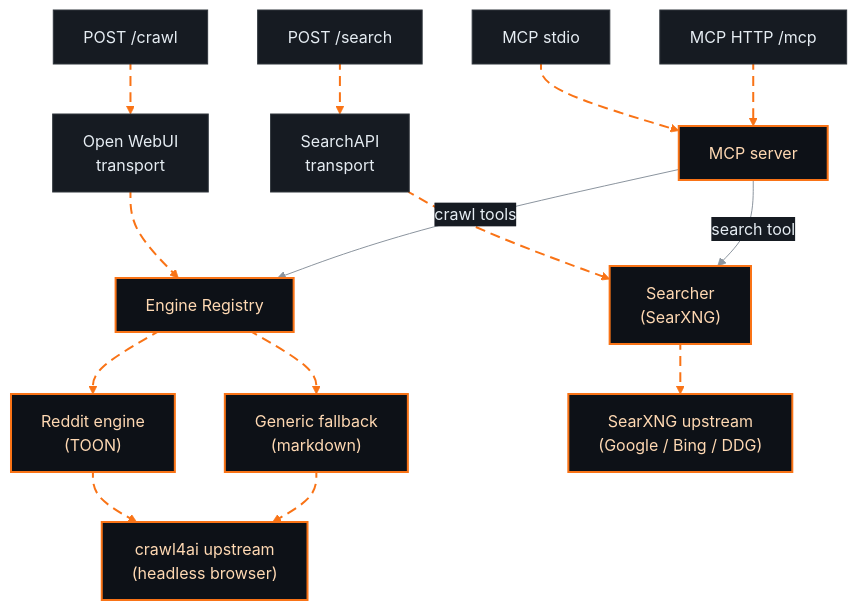
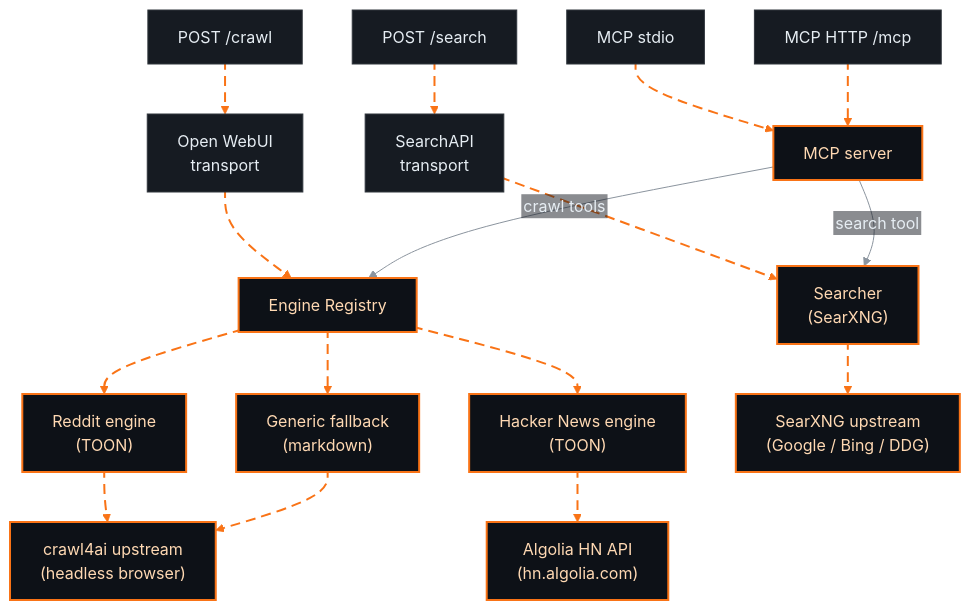
One commit to kinorai/omnifeed changed the diagram in README.md. Above: the diagram before and after it, drawn with Mermaid.

Commit message:
docs: add Hacker News engine to the architecture diagram + fix clipped labels
The diagram still showed only the Reddit engine and generic fallback; add
the Hacker News engine and its direct Algolia HN API upstream (it bypasses
crawl4ai). Fix the truncated node labels on GitHub ("MCP serve", "Engine
Registr", "Open WebU"...) by dropping the custom Inter font GitHub can't
load and rendering labels as SVG text rather than clipped HTML.

````diff
--- a/README.md
+++ b/README.md
@@ -180,26 +180,28 @@
 ```mermaid
-%%{init: {"theme":"base","themeVariables":{"background":"transparent","mainBkg":"#161b22","primaryColor":"#161b22","primaryTextColor":"#e6edf3","primaryBorderColor":"#F97316","lineColor":"#8b949e","secondaryColor":"#161b22","tertiaryColor":"#161b22","fontFamily":"Inter, system-ui, sans-serif"},"flowchart":{"curve":"basis","htmlLabels":true}}}%%
+%%{init: {"theme":"base","themeVariables":{"background":"transparent","mainBkg":"#161b22","primaryColor":"#161b22","primaryTextColor":"#e6edf3","primaryBorderColor":"#F97316","lineColor":"#8b949e","secondaryColor":"#161b22","tertiaryColor":"#161b22"},"flowchart":{"curve":"basis","htmlLabels":false}}}%%
 flowchart TB
   crawl["POST /crawl"] e1@--> owt["Open WebUI<br/>transport"]
   search["POST /search"] e2@--> sat["SearchAPI<br/>transport"]
   mcpStdio["MCP stdio"] e3@--> mcp["MCP server"]
   mcpHTTP["MCP HTTP /mcp"] e4@--> mcp
 
   owt e5@--> reg["Engine Registry"]
   mcp -- crawl tools --> reg
   sat e6@--> searcher["Searcher<br/>(SearXNG)"]
   mcp -- search tool --> searcher
 
   reg e7@--> reddit["Reddit engine<br/>(TOON)"]
+  reg e12@--> hn["Hacker News engine<br/>(TOON)"]
   reg e8@--> generic["Generic fallback<br/>(markdown)"]
   reddit e9@--> c4["crawl4ai upstream<br/>(headless browser)"]
   generic e10@--> c4
+  hn e13@--> algolia["Algolia HN API<br/>(hn.algolia.com)"]
   searcher e11@--> sx["SearXNG upstream<br/>(Google / Bing / DDG)"]
 
   classDef box fill:#161b22,stroke:#30363d,stroke-width:1px,color:#e6edf3;
   classDef accent fill:#0d1117,stroke:#F97316,stroke-width:2px,color:#ffd9b3;
   classDef animate stroke:#F97316,stroke-width:2px,stroke-dasharray:10 6,stroke-dashoffset:900,animation:dash 14s linear infinite;
   class crawl,search,mcpStdio,mcpHTTP,owt,sat box;
-  class mcp,reg,searcher,reddit,generic,c4,sx accent;
-  class e1,e2,e3,e4,e5,e6,e7,e8,e9,e10,e11 animate;
+  class mcp,reg,searcher,reddit,hn,generic,c4,sx,algolia accent;
+  class e1,e2,e3,e4,e5,e6,e7,e8,e9,e10,e11,e12,e13 animate;
 ```
````
